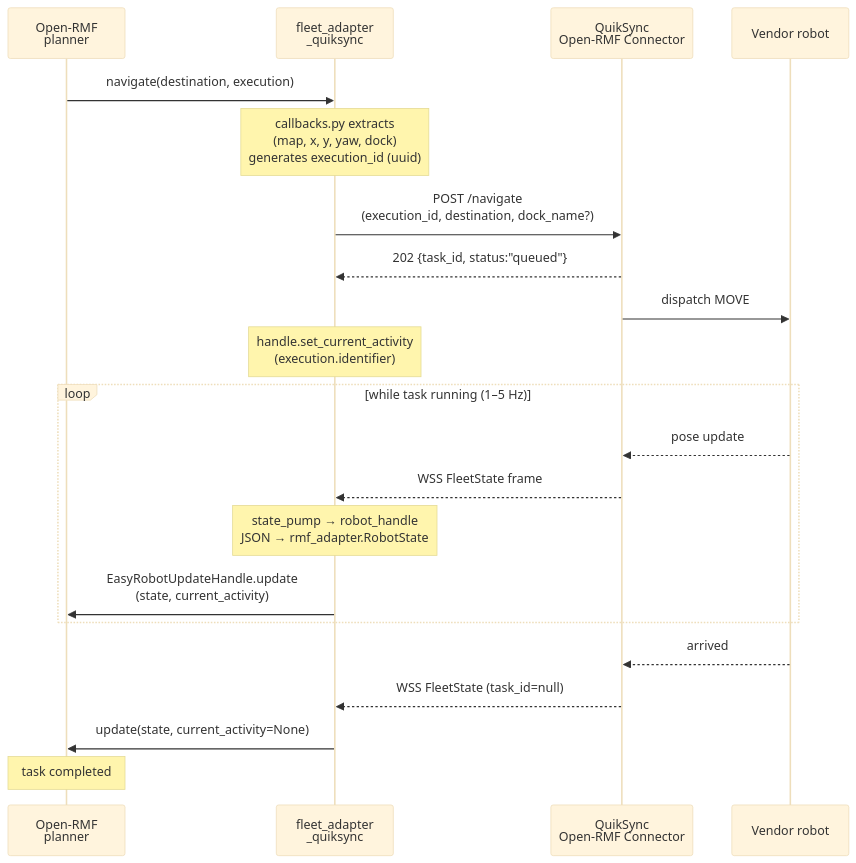
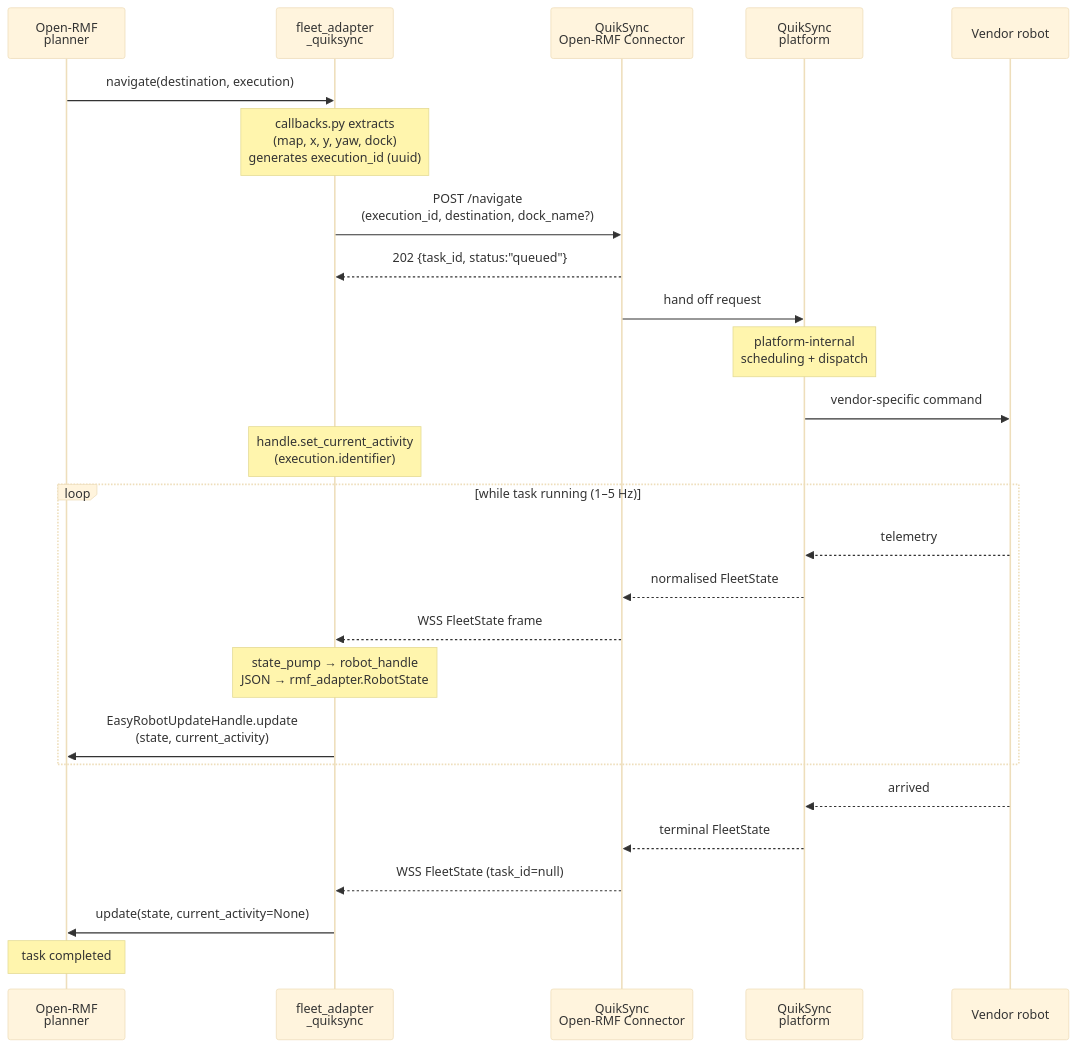
Before and after one commit to quikbot/open-rmf-adapters-quiksync: the second of 2 diagrams in README.md, drawn with Mermaid (base theme). The commit also changed other lines of this file and 5 other files, not shown here.

First line of the commit message:
chore(fleet_adapter_quiksync): post-review cleanups + sequence diagram fix

````diff
--- a/README.md
+++ b/README.md
@@ -50,26 +52,31 @@
 ```mermaid
 sequenceDiagram
   participant RMF as Open-RMF<br/>planner
   participant FA as fleet_adapter<br/>_quiksync
   participant Srv as QuikSync<br/>Open-RMF Connector
+  participant QS as QuikSync<br/>platform
   participant Bot as Vendor robot
 
   RMF->>FA: navigate(destination, execution)
   Note over FA: callbacks.py extracts<br/>(map, x, y, yaw, dock)<br/>generates execution_id (uuid)
   FA->>Srv: POST /navigate<br/>(execution_id, destination, dock_name?)
   Srv-->>FA: 202 {task_id, status:"queued"}
-  Srv->>Bot: dispatch MOVE
+  Srv->>QS: hand off request
+  Note over QS: platform-internal<br/>scheduling + dispatch
+  QS->>Bot: vendor-specific command
   Note over FA: handle.set_current_activity<br/>(execution.identifier)
 
   loop while task running (1–5 Hz)
-    Bot-->>Srv: pose update
+    Bot-->>QS: telemetry
+    QS-->>Srv: normalised FleetState
     Srv-->>FA: WSS FleetState frame
     Note over FA: state_pump → robot_handle<br/>JSON → rmf_adapter.RobotState
     FA->>RMF: EasyRobotUpdateHandle.update<br/>(state, current_activity)
   end
 
-  Bot-->>Srv: arrived
+  Bot-->>QS: arrived
+  QS-->>Srv: terminal FleetState
   Srv-->>FA: WSS FleetState (task_id=null)
   FA->>RMF: update(state, current_activity=None)
   Note over RMF: task completed
 ```
````
